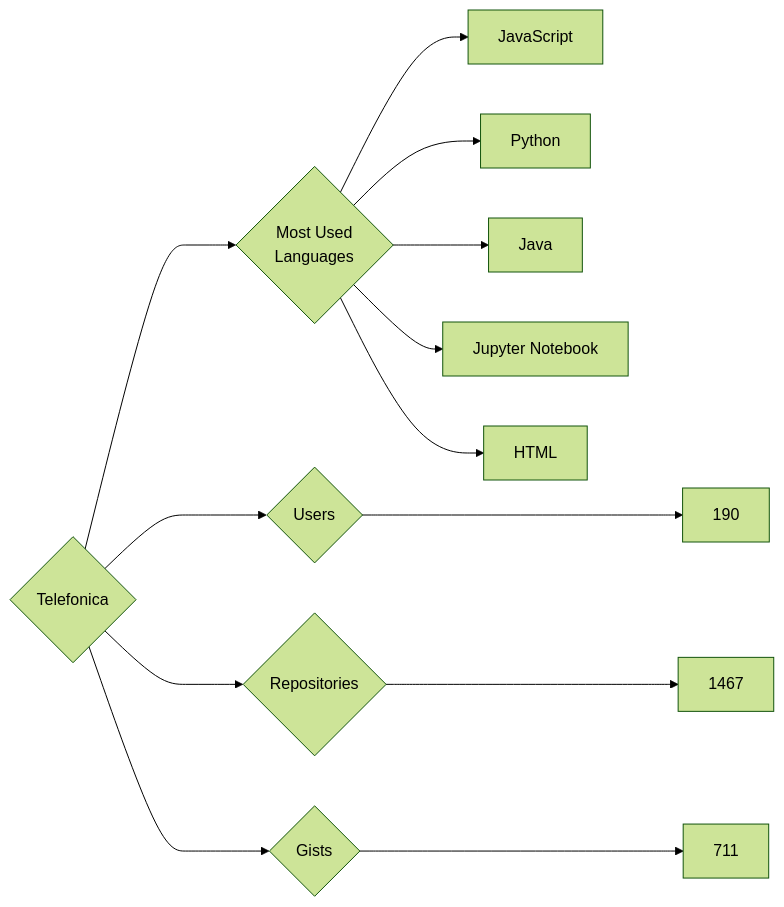
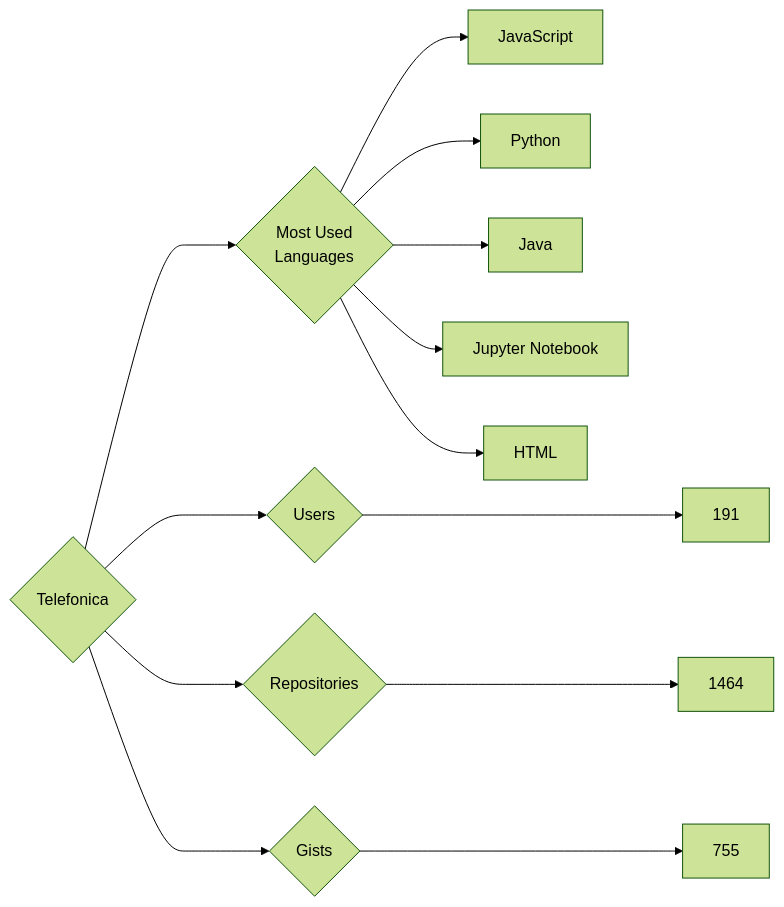
Before and after one commit to trickest/insiders: the diagram in targets/Telefonica/README.md, drawn with Mermaid (forest theme). The commit also changed 939 other files, not shown here.

````diff
--- a/targets/Telefonica/README.md
+++ b/targets/Telefonica/README.md
@@ -3,13 +3,13 @@
 ```mermaid
 graph LR
 COMPANY_NAME{Telefonica}
-COMPANY_NAME ---> U{Users} ---> UN[190]
-COMPANY_NAME ---> R{Repositories} ---> RN[1467]
-COMPANY_NAME ---> G{Gists} ---> GN[711]
+COMPANY_NAME ---> U{Users} ---> UN[191]
+COMPANY_NAME ---> R{Repositories} ---> RN[1464]
+COMPANY_NAME ---> G{Gists} ---> GN[755]
 COMPANY_NAME ---> ML{Most Used<br>Languages}
 ML --> JavaScript[JavaScript]
 ML --> Python[Python]
 ML --> Java[Java]
 ML --> Jupyter_Notebook[Jupyter Notebook]
 ML --> HTML[HTML]
 ```
````
